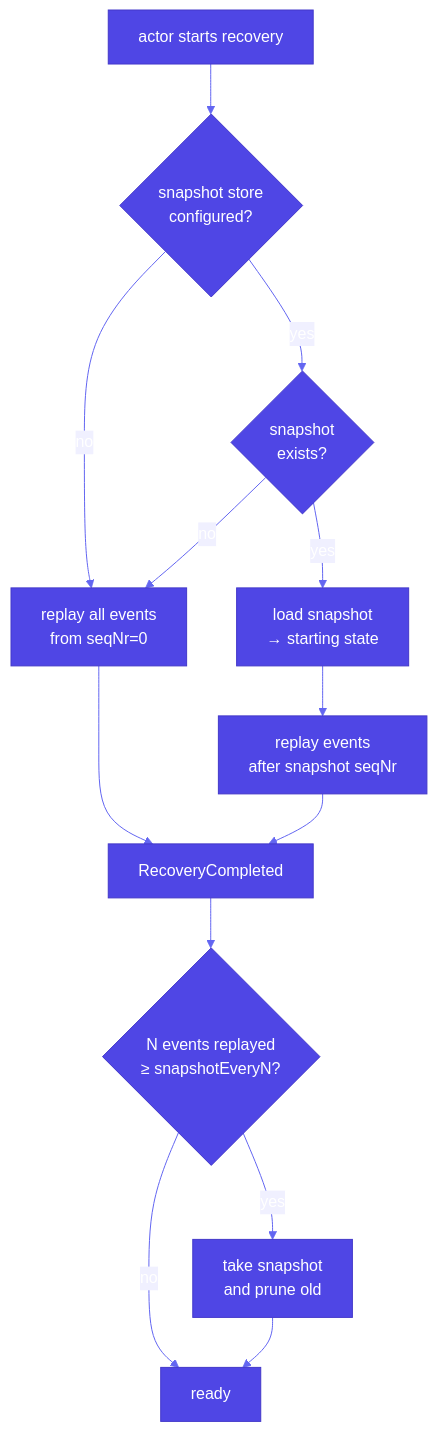
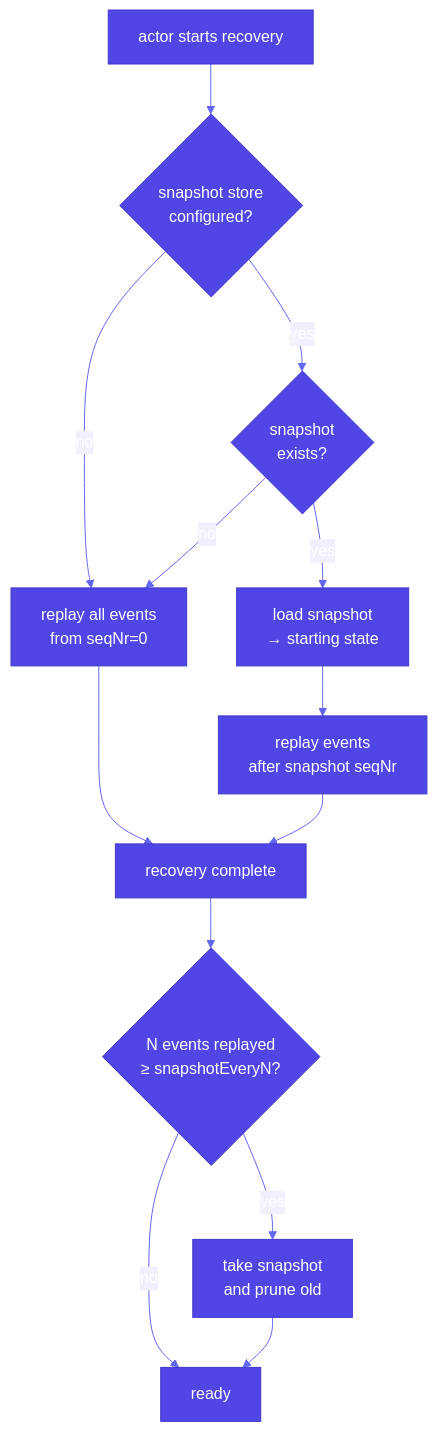
Before and after one commit to nexus-actors/nexus: the fourth of 4 diagrams in website/docs/persistence/overview.md, drawn with Mermaid. The commit also changed other lines of this file and 50 other files, not shown here.

````diff
--- a/website/docs/persistence/overview.md
+++ b/website/docs/persistence/overview.md
@@ -105,16 +109,16 @@
 ```mermaid
 %%{init: {"theme": "base", "themeVariables": {"primaryColor": "#4f46e5", "primaryTextColor": "#fff", "primaryBorderColor": "#4338ca", "lineColor": "#6366f1", "secondaryColor": "#f0f0ff", "tertiaryColor": "#fff"}}}%%
 flowchart TD
     A[actor starts recovery] --> B{snapshot store\nconfigured?}
     B -->|no| C[replay all events\nfrom seqNr=0]
     B -->|yes| D{snapshot\nexists?}
     D -->|no| C
     D -->|yes| E[load snapshot\n→ starting state]
     E --> F[replay events\nafter snapshot seqNr]
-    C --> G[RecoveryCompleted]
+    C --> G[recovery complete]
     F --> G
     G --> H{N events replayed\n≥ snapshotEveryN?}
     H -->|yes| I[take snapshot\nand prune old]
     H -->|no| J[ready]
     I --> J
 ```
````
